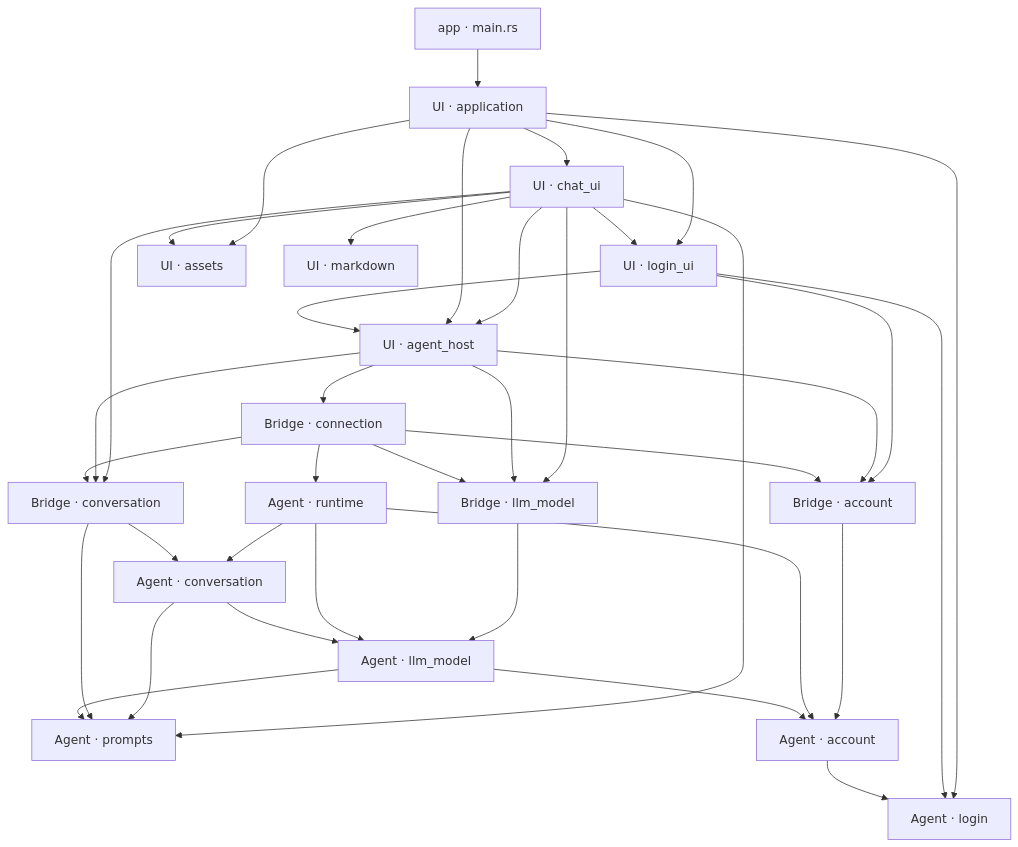
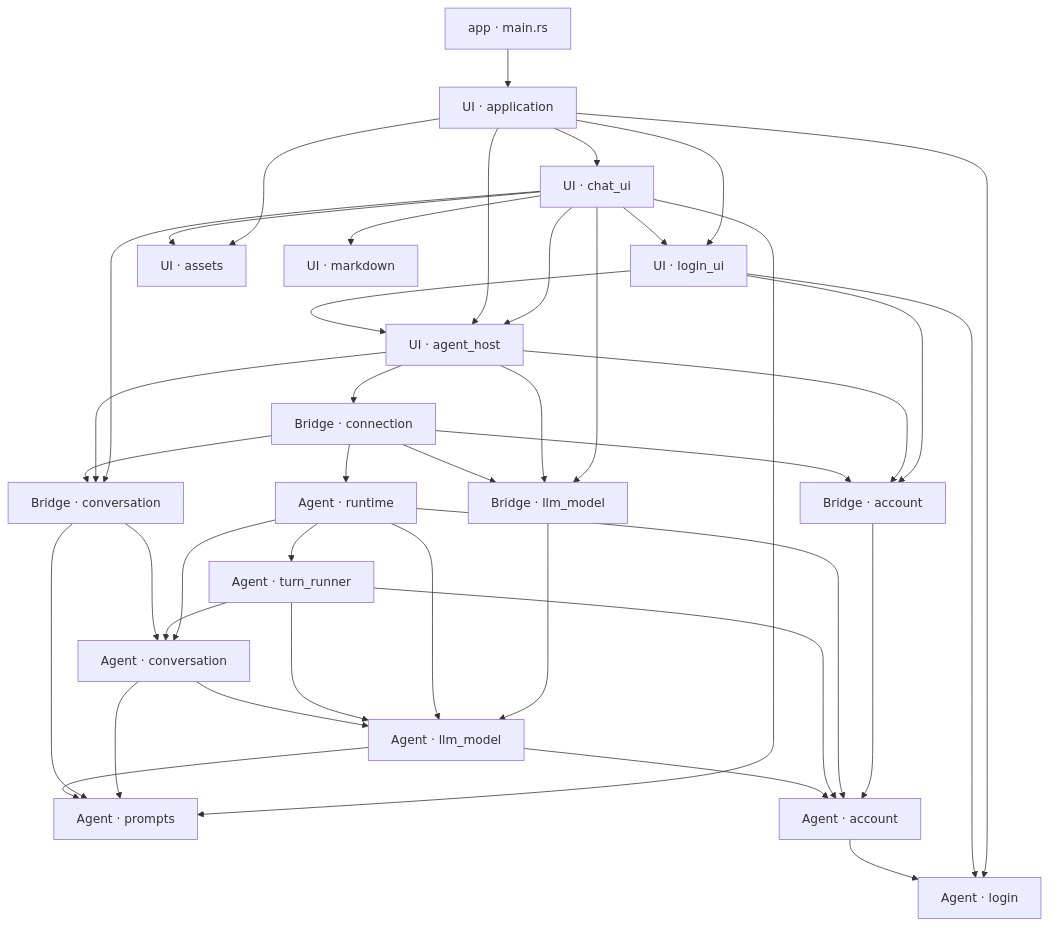
Before and after one commit to slc90/Agentelier: the first of 3 diagrams in docs/design/architecture.md, drawn with Mermaid. The commit also changed other lines of this file and 14 other files, not shown here.

First line of the commit message:
Move chat execution into an independent turn runner

````diff
--- a/docs/design/architecture.md
+++ b/docs/design/architecture.md
@@ -30,39 +31,43 @@
 ```mermaid
 flowchart TD
     Entry["app · main.rs"] --> App["UI · application"]
     App --> UI["UI · login_ui"]
     App --> Assets["UI · assets"]
     App --> Login["Agent · login"]
     UI --> Login
     App --> ChatUI["UI · chat_ui"]
     ChatUI --> Markdown["UI · markdown"]
     ChatUI --> UI
     ChatUI --> Host
     App --> Host["UI · agent_host"]
     UI --> Host
     Host --> Connection["Bridge · connection"]
     UI --> AccountBridge["Bridge · account"]
     ChatUI --> ModelBridge["Bridge · llm_model"]
     ChatUI --> ConversationBridge["Bridge · conversation"]
     ChatUI --> Prompts["Agent · prompts"]
     ChatUI --> Assets
     Host --> AccountBridge
     Host --> ModelBridge
     Host --> ConversationBridge
     Connection --> Runtime["Agent · runtime"]
     Connection --> AccountBridge
     Connection --> ModelBridge
     Connection --> ConversationBridge
     AccountBridge --> Account["Agent · account"]
     ModelBridge --> Model["Agent · llm_model"]
     Runtime --> Account
     Runtime --> Model
     Runtime --> Conversation["Agent · conversation"]
+    Runtime --> Runner["Agent · turn_runner"]
+    Runner --> Conversation
+    Runner --> Model
+    Runner --> Account
     Conversation --> Model
     Conversation --> Prompts
     ConversationBridge --> Conversation
     ConversationBridge --> Prompts
     Model --> Prompts
     Model --> Account
     Account --> Login
 ```
````
